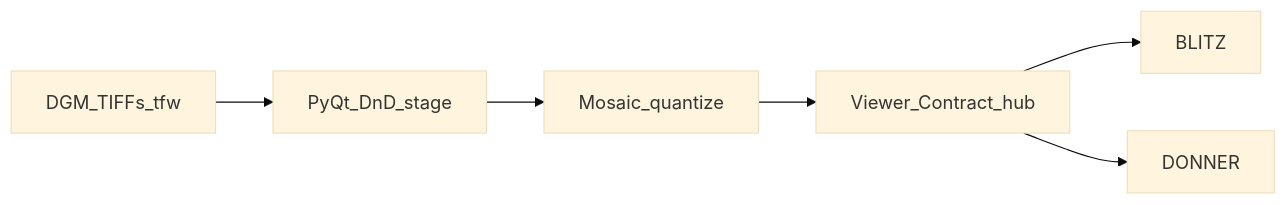
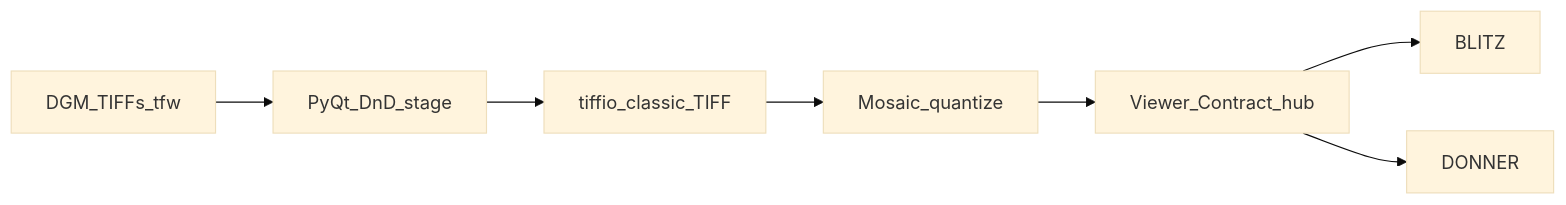
One commit to PiMaV/dgm-mosaic changed the diagram in architecture.md. Above: the diagram before and after it, drawn with Mermaid (base theme). The commit also changed other lines of this file and 15 other files, not shown here.

````diff
--- a/architecture.md
+++ b/architecture.md
@@ -3,12 +3,13 @@
 ```mermaid
 flowchart LR
   tifs[DGM_TIFFs_tfw]
   ui[PyQt_DnD_stage]
+  tiffio[tiffio_classic_TIFF]
   mosaic[Mosaic_quantize]
   hub[Viewer_Contract_hub]
   blitz[BLITZ]
   donner[DONNER]
-  tifs --> ui --> mosaic --> hub
+  tifs --> ui --> tiffio --> mosaic --> hub
   hub --> blitz
   hub --> donner
 ```
````
